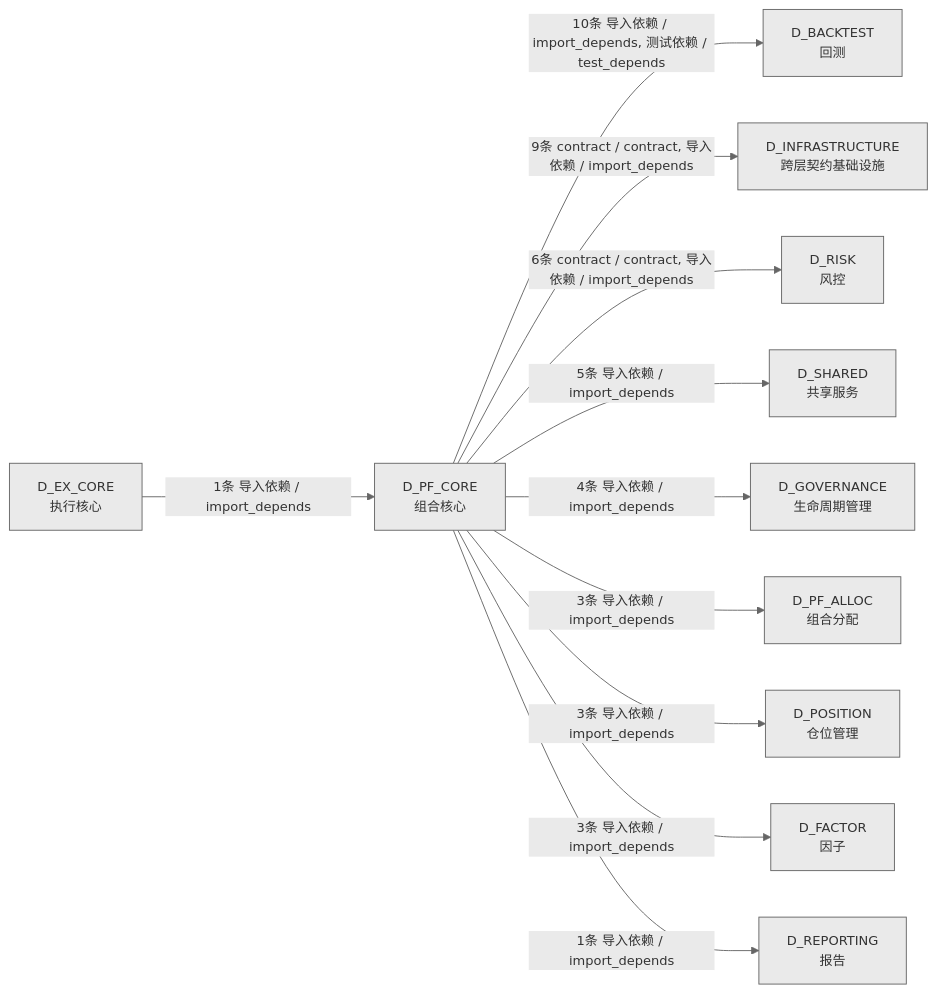
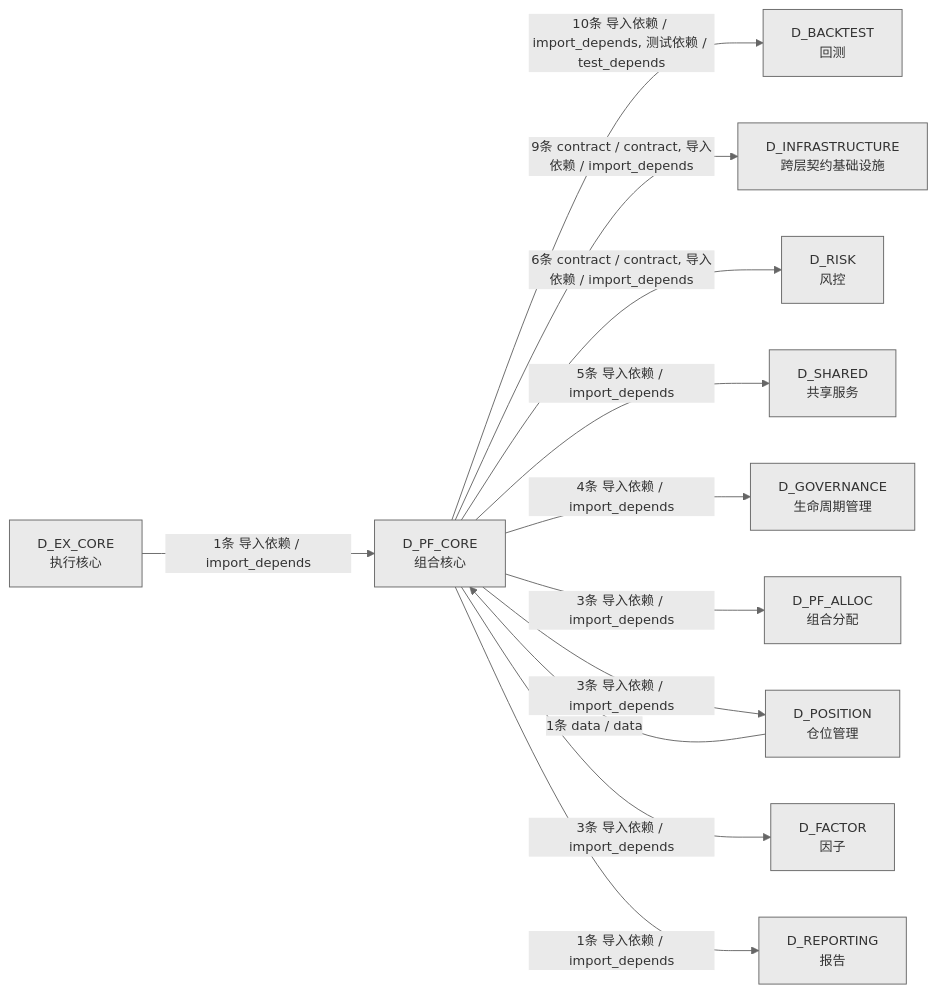
Before and after one commit to xuanFelixVan/ZephyrAlpha: the third of 3 diagrams in docs/02_enterprise_architecture/02_domain_architecture_docs/63_d_pf_core.md, drawn with Mermaid. The commit also changed other lines of this file and 13 other files, not shown here.

````diff
--- a/docs/02_enterprise_architecture/02_domain_architecture_docs/63_d_pf_core.md
+++ b/docs/02_enterprise_architecture/02_domain_architecture_docs/63_d_pf_core.md
@@ -265,25 +267,26 @@
 ```mermaid
 %%{init: {'theme': 'base', 'themeVariables': {'primaryColor': '#eaeaea', 'primaryTextColor': '#333333', 'primaryBorderColor': '#666666', 'lineColor': '#666666', 'secondaryColor': '#eaeaea', 'tertiaryColor': '#eaeaea', 'fontSize': '14px'}}}%%
 graph LR
     D_PF_CORE["D_PF_CORE<br/>组合核心"]
     D_BACKTEST["D_BACKTEST<br/>回测"]
     D_INFRASTRUCTURE["D_INFRASTRUCTURE<br/>跨层契约基础设施"]
     D_RISK["D_RISK<br/>风控"]
     D_SHARED["D_SHARED<br/>共享服务"]
     D_GOVERNANCE["D_GOVERNANCE<br/>生命周期管理"]
     D_PF_ALLOC["D_PF_ALLOC<br/>组合分配"]
     D_POSITION["D_POSITION<br/>仓位管理"]
     D_FACTOR["D_FACTOR<br/>因子"]
     D_REPORTING["D_REPORTING<br/>报告"]
     D_EX_CORE["D_EX_CORE<br/>执行核心"]
     D_PF_CORE -->|10条 导入依赖 / import_depends, 测试依赖 / test_depends| D_BACKTEST
     D_PF_CORE -->|9条 contract / contract, 导入依赖 / import_depends| D_INFRASTRUCTURE
     D_PF_CORE -->|6条 contract / contract, 导入依赖 / import_depends| D_RISK
     D_PF_CORE -->|5条 导入依赖 / import_depends| D_SHARED
     D_PF_CORE -->|4条 导入依赖 / import_depends| D_GOVERNANCE
     D_PF_CORE -->|3条 导入依赖 / import_depends| D_PF_ALLOC
     D_PF_CORE -->|3条 导入依赖 / import_depends| D_POSITION
     D_PF_CORE -->|3条 导入依赖 / import_depends| D_FACTOR
     D_PF_CORE -->|1条 导入依赖 / import_depends| D_REPORTING
     D_EX_CORE -->|1条 导入依赖 / import_depends| D_PF_CORE
+    D_POSITION -->|1条 data / data| D_PF_CORE
 ```
````
